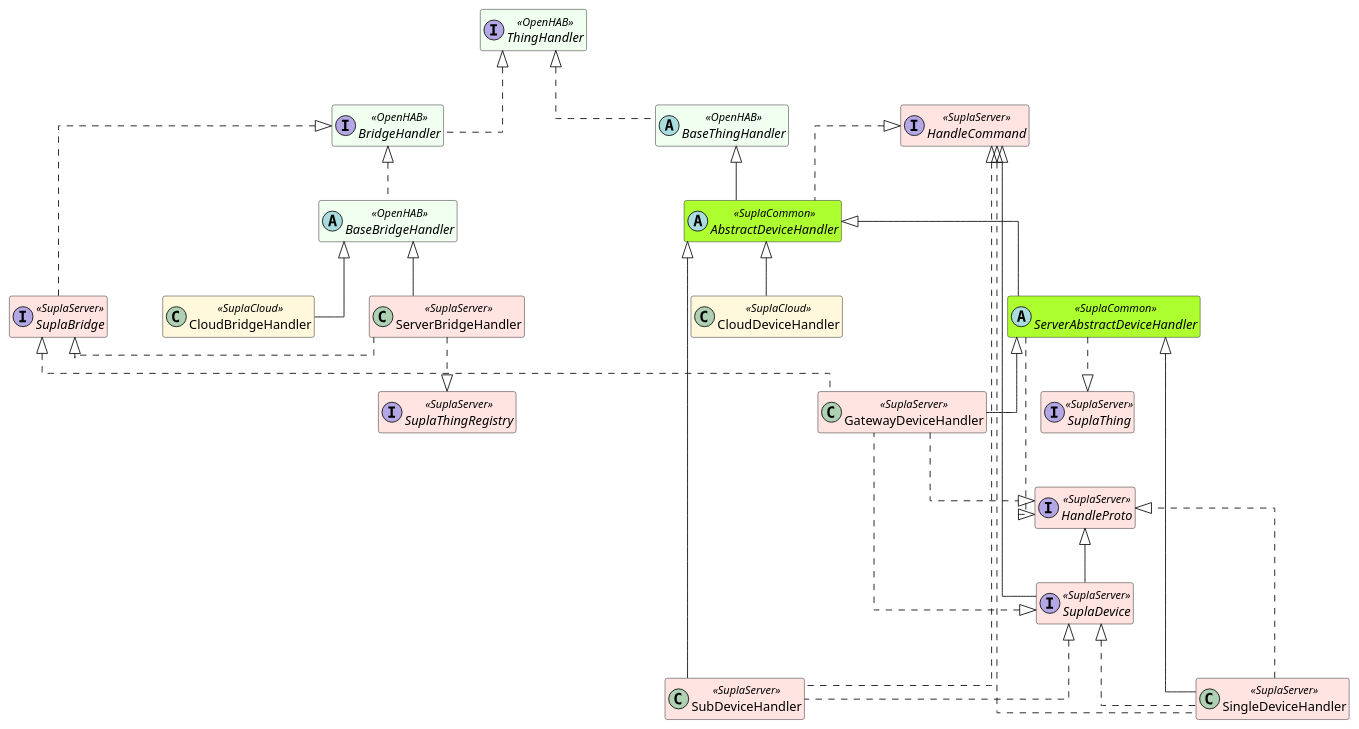
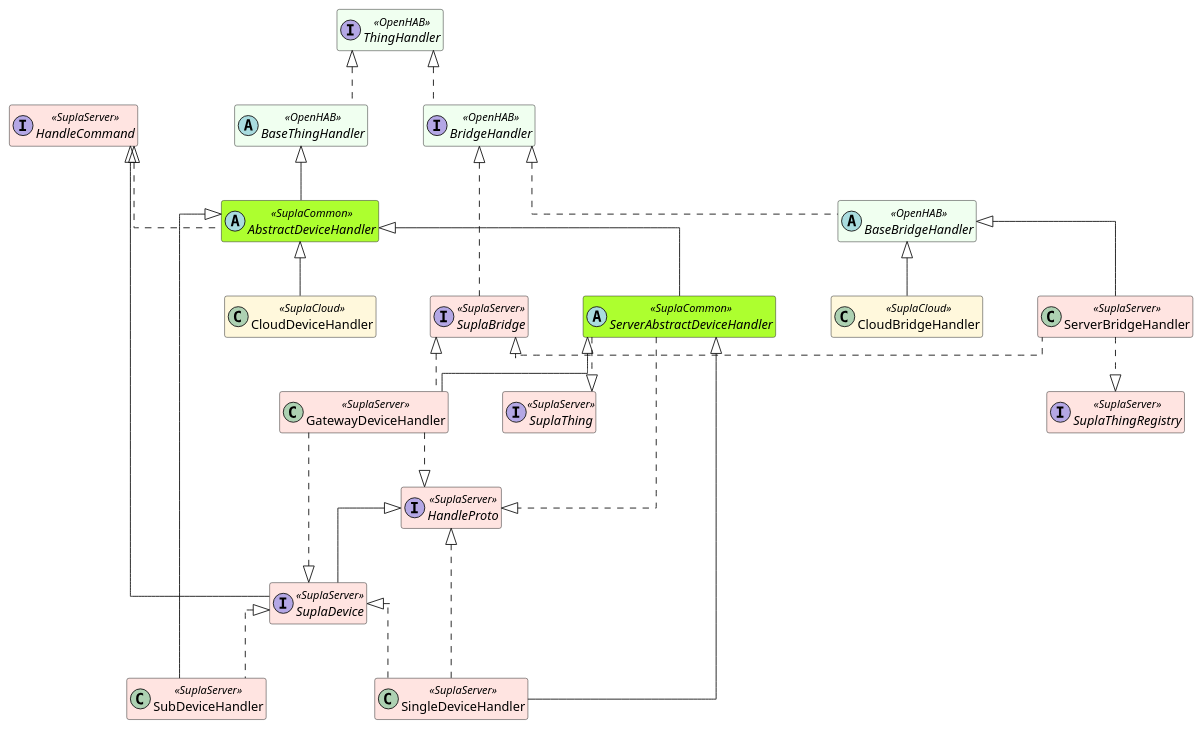
Before and after one commit to magx2/openhab-supla: the diagram in puml/handler-inheritance.puml, drawn with PlantUML.

Commit message:
Adjust `HandleCommand`

```diff
--- a/puml/handler-inheritance.puml
+++ b/puml/handler-inheritance.puml
@@ -1,76 +1,74 @@
 @startuml
 skinparam classAttributeIconSize 0
 skinparam linetype ortho
 skinparam nodesep 60
 skinparam ranksep 60
 hide empty members
 
 ' Keep the most-shared abstractions visually at the top
 top to bottom direction
 
 skinparam class {
 BackgroundColor<<OpenHAB>> HoneyDew
 BackgroundColor<<SuplaCloud>> Cornsilk
 BackgroundColor<<SuplaServer>> MistyRose
 BackgroundColor<<SuplaCommon>> GreenYellow
 }
 
 ' Anchor heavily used OpenHAB and Supla abstractions on the top rank
 interface ThingHandler <<OpenHAB>>
 interface BridgeHandler <<OpenHAB>>
 abstract class BaseThingHandler <<OpenHAB>>
 abstract class BaseBridgeHandler <<OpenHAB>>
 
 abstract class AbstractDeviceHandler <<SuplaCommon>>
 abstract class ServerAbstractDeviceHandler <<SuplaCommon>>
 
 interface HandleCommand <<SuplaServer>>
 interface HandleProto <<SuplaServer>>
 interface SuplaDevice <<SuplaServer>>
 interface SuplaThing <<SuplaServer>>
 interface SuplaThingRegistry <<SuplaServer>>
 interface SuplaBridge <<SuplaServer>>
 
 class GatewayDeviceHandler <<SuplaServer>>
 class SingleDeviceHandler <<SuplaServer>>
 class SubDeviceHandler <<SuplaServer>>
 class ServerBridgeHandler <<SuplaServer>>
 
 class CloudBridgeHandler <<SuplaCloud>>
 class CloudDeviceHandler <<SuplaCloud>>
 
 ' OpenHAB core relationships
 ThingHandler <|.. BaseThingHandler
 ThingHandler <|.. BridgeHandler
 BridgeHandler <|.. BaseBridgeHandler
 
 ' Device handler relationships
 BaseThingHandler <|-- AbstractDeviceHandler
 AbstractDeviceHandler <|-down- ServerAbstractDeviceHandler
 AbstractDeviceHandler <|-- SubDeviceHandler
 AbstractDeviceHandler <|-- CloudDeviceHandler
 ServerAbstractDeviceHandler <|-- GatewayDeviceHandler
 ServerAbstractDeviceHandler <|-- SingleDeviceHandler
 
 ' Supla trait implementations (device side)
 HandleCommand <|.. AbstractDeviceHandler
-HandleCommand <|.. SubDeviceHandler
-HandleCommand <|.. SingleDeviceHandler
 HandleProto <|.up. ServerAbstractDeviceHandler
 HandleProto <|.up. SingleDeviceHandler
 HandleProto <|.up. GatewayDeviceHandler
 HandleCommand <|-- SuplaDevice
 HandleProto <|-- SuplaDevice
 SuplaDevice <|.. SubDeviceHandler
 SuplaDevice <|.. SingleDeviceHandler
 SuplaDevice <|.. GatewayDeviceHandler
 SuplaThing <|.up. ServerAbstractDeviceHandler
 
 ' Bridge handler relationships
 BaseBridgeHandler <|-down- CloudBridgeHandler
 BaseBridgeHandler <|-down- ServerBridgeHandler
 BridgeHandler <|.. SuplaBridge
 SuplaBridge <|.. GatewayDeviceHandler
 SuplaBridge <|.right. ServerBridgeHandler
 SuplaThingRegistry <|.up. ServerBridgeHandler
 @enduml
```
